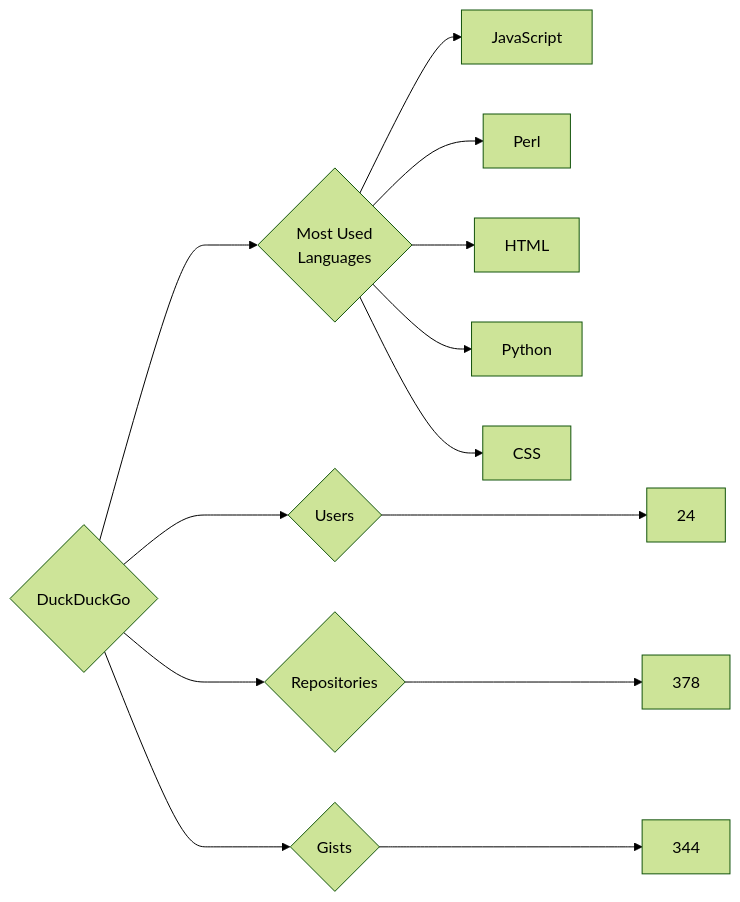
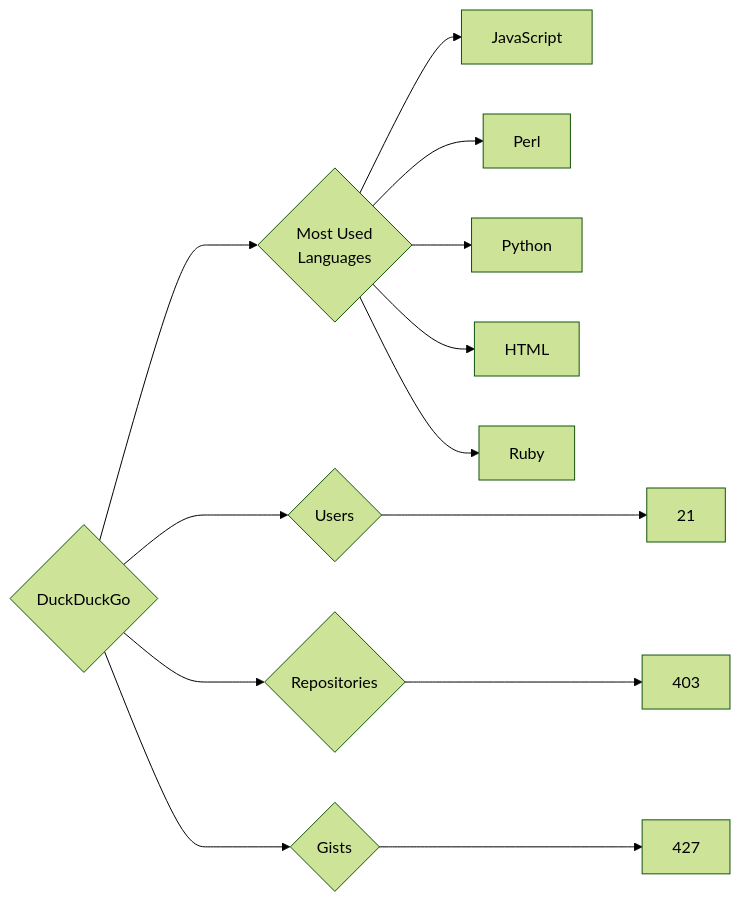
Before and after one commit to trickest/insiders: the diagram in targets/DuckDuckGo/README.md, drawn with Mermaid (forest theme). The commit also changed 1238 other files, not shown here.

````diff
--- a/targets/DuckDuckGo/README.md
+++ b/targets/DuckDuckGo/README.md
@@ -3,13 +3,13 @@
 ```mermaid
 graph LR
 COMPANY_NAME{DuckDuckGo}
-COMPANY_NAME ---> U{Users} ---> UN[24]
-COMPANY_NAME ---> R{Repositories} ---> RN[378]
-COMPANY_NAME ---> G{Gists} ---> GN[344]
+COMPANY_NAME ---> U{Users} ---> UN[21]
+COMPANY_NAME ---> R{Repositories} ---> RN[403]
+COMPANY_NAME ---> G{Gists} ---> GN[427]
 COMPANY_NAME ---> ML{Most Used<br>Languages}
 ML --> JavaScript[JavaScript]
 ML --> Perl[Perl]
+ML --> Python[Python]
 ML --> HTML[HTML]
-ML --> Python[Python]
-ML --> CSS[CSS]
+ML --> Ruby[Ruby]
 ```
````
